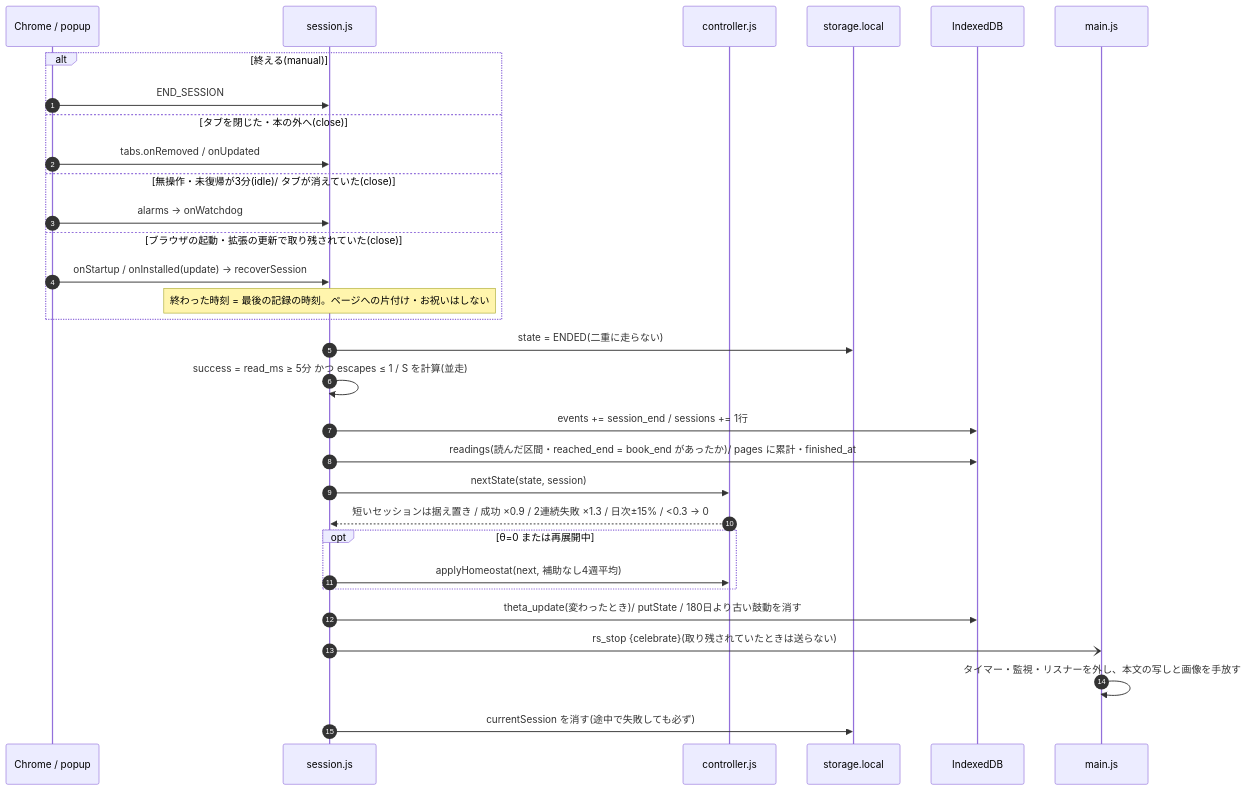
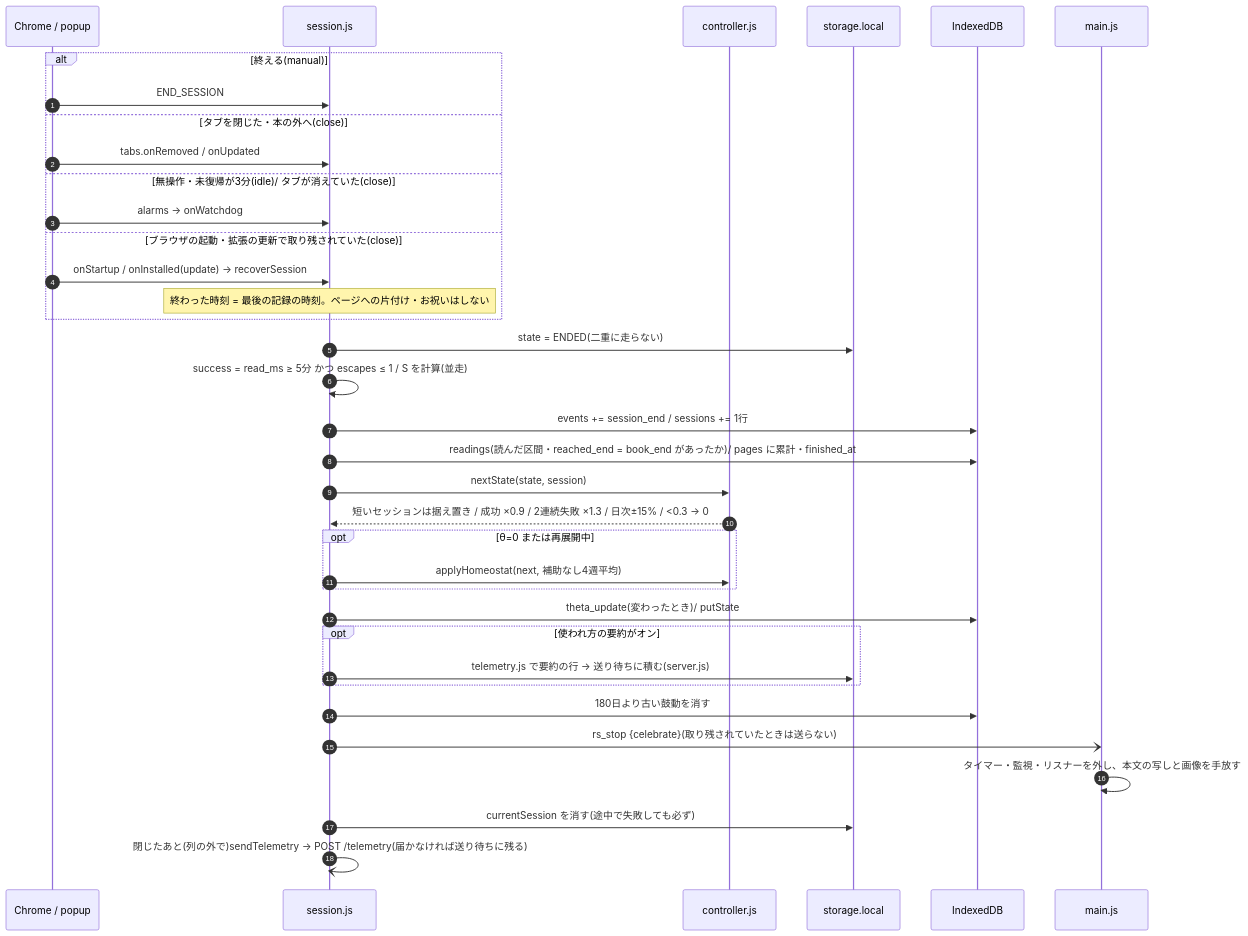
The fifth of 7 diagrams in docs/design.md (yukik8/yomirin), drawn with Mermaid before and after one commit. The commit also changed other lines of this file and 37 other files, not shown here.

````diff
--- a/docs/design.md
+++ b/docs/design.md
@@ -650,34 +686,39 @@
 ```mermaid
 sequenceDiagram
   autonumber
   participant C as Chrome / popup
   participant SE as session.js
   participant CT as controller.js
   participant LS as storage.local
   participant DB as IndexedDB
   participant M as main.js
 
   alt 終える(manual)
     C->>SE: END_SESSION
   else タブを閉じた・本の外へ(close)
     C->>SE: tabs.onRemoved / onUpdated
   else 無操作・未復帰が3分(idle)/ タブが消えていた(close)
     C->>SE: alarms → onWatchdog
   else ブラウザの起動・拡張の更新で取り残されていた(close)
     C->>SE: onStartup / onInstalled(update) → recoverSession
     Note over SE: 終わった時刻 = 最後の記録の時刻。ページへの片付け・お祝いはしない
   end
   SE->>LS: state = ENDED(二重に走らない)
   SE->>SE: success = read_ms ≥ 5分 かつ escapes ≤ 1 / S を計算(並走)
   SE->>DB: events += session_end / sessions += 1行
   SE->>DB: readings(読んだ区間・reached_end = book_end があったか)/ pages に累計・finished_at
   SE->>CT: nextState(state, session)
   CT-->>SE: 短いセッションは据え置き / 成功 ×0.9 / 2連続失敗 ×1.3 / 日次±15% / <0.3 → 0
   opt θ=0 または再展開中
     SE->>CT: applyHomeostat(next, 補助なし4週平均)
   end
-  SE->>DB: theta_update(変わったとき)/ putState / 180日より古い鼓動を消す
+  SE->>DB: theta_update(変わったとき)/ putState
+  opt 使われ方の要約がオン
+    SE->>LS: telemetry.js で要約の行 → 送り待ちに積む(server.js)
+  end
+  SE->>DB: 180日より古い鼓動を消す
   SE-)M: rs_stop {celebrate}(取り残されていたときは送らない)
   M->>M: タイマー・監視・リスナーを外し、本文の写しと画像を手放す
   SE->>LS: currentSession を消す(途中で失敗しても必ず)
+  SE-)SE: 閉じたあと(列の外で)sendTelemetry → POST /telemetry(届かなければ送り待ちに残る)
 ```
````
